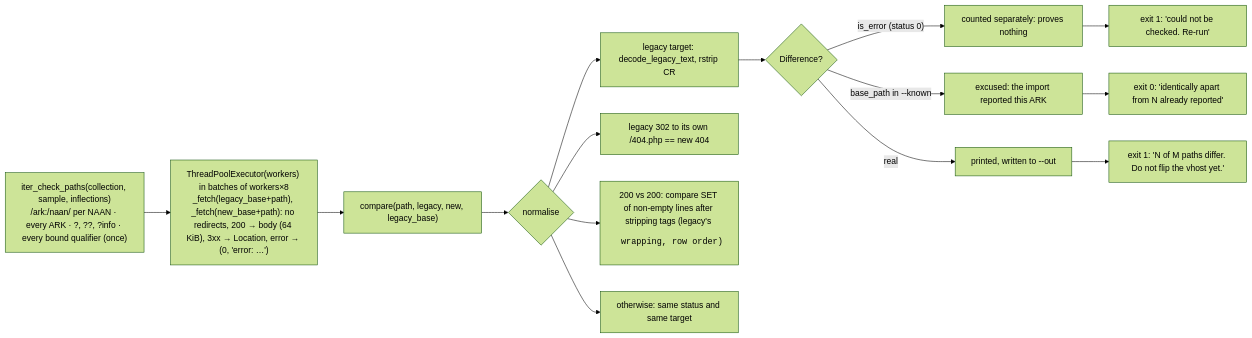
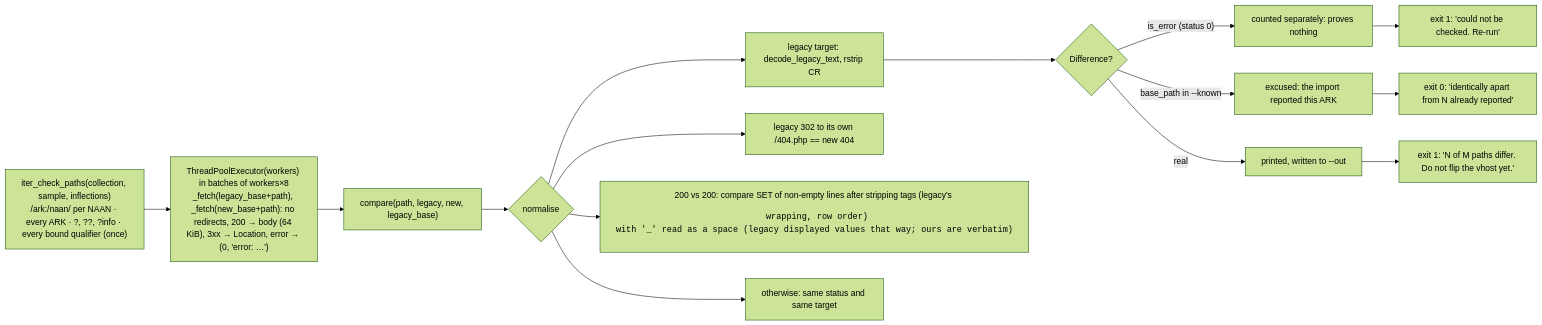
Diagram 13 of 13 in docs/GUIDES.md (digitalutsc/arks-service), drawn with Mermaid (forest theme) before and after one commit. The commit also changed 3 other files, not shown here.

````diff
--- a/docs/GUIDES.md
+++ b/docs/GUIDES.md
@@ -976,17 +976,17 @@
 ```mermaid
 flowchart LR
     A["iter_check_paths(collection, sample, inflections)<br/>/ark:/naan/ per NAAN · every ARK · ?, ??, ?info · every bound qualifier (once)"] --> B["ThreadPoolExecutor(workers) in batches of workers×8<br/>_fetch(legacy_base+path), _fetch(new_base+path): no redirects, 200 → body (64 KiB), 3xx → Location, error → (0, 'error: …')"]
     B --> C["compare(path, legacy, new, legacy_base)"]
     C --> D{"normalise"}
     D --> D1["legacy target: decode_legacy_text, rstrip CR"]
     D --> D2["legacy 302 to its own /404.php == new 404"]
-    D --> D3["200 vs 200: compare SET of non-empty lines after stripping tags (legacy's <pre> wrapping, row order)"]
+    D --> D3["200 vs 200: compare SET of non-empty lines after stripping tags (legacy's <pre> wrapping, row order)<br/>with '_' read as a space (legacy displayed values that way; ours are verbatim)"]
     D --> D4["otherwise: same status and same target"]
     D1 --> E{"Difference?"}
     E -->|"is_error (status 0)"| F["counted separately: proves nothing"]
     E -->|"base_path in --known"| G["excused: the import reported this ARK"]
     E -->|real| H["printed, written to --out"]
     H --> I["exit 1: 'N of M paths differ. Do not flip the vhost yet.'"]
     F --> J["exit 1: 'could not be checked. Re-run'"]
     G --> K["exit 0: 'identically apart from N already reported'"]
 ```
````
